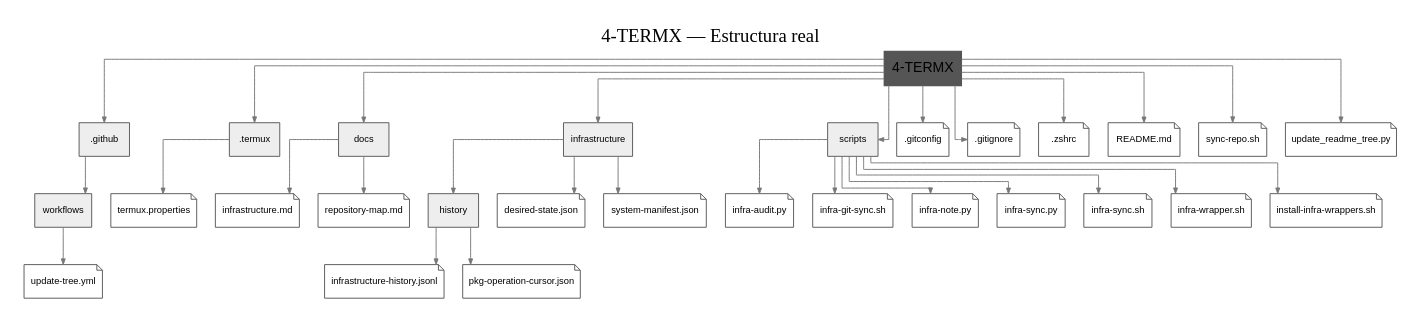
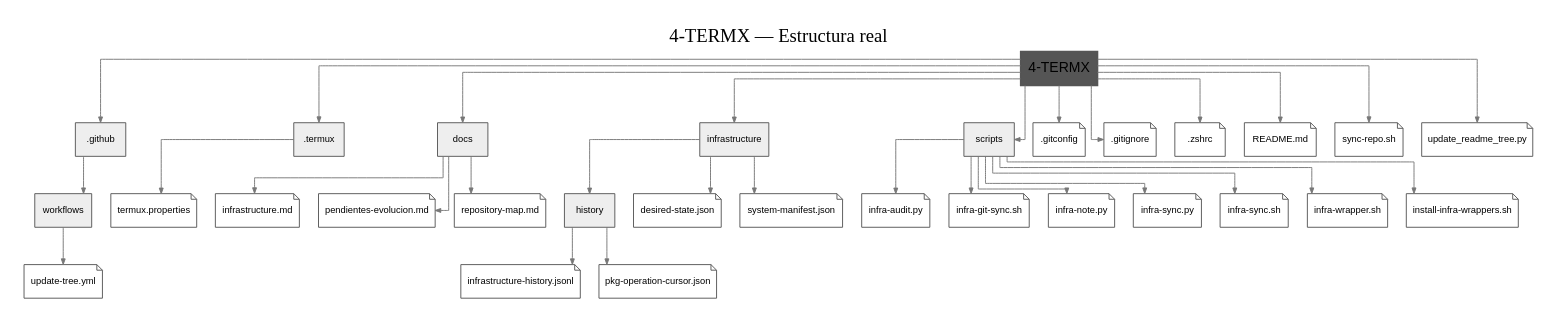
Before and after one commit to benstellasanti/4-TERMX: the diagram in docs/repository-structure.dot, drawn with Graphviz. The commit also changed 5 other files, not shown here.

```diff
--- a/docs/repository-structure.dot
+++ b/docs/repository-structure.dot
@@ -1,62 +1,64 @@
 digraph RepositoryStructure {
   graph [rankdir=TB, bgcolor="white", pad="0.25", nodesep="0.28", ranksep="0.55", splines=ortho, label="4-TERMX — Estructura real", labelloc=t, fontsize=20];
   node [fontname="Arial", fontsize=10, style="filled", color="#555555"];
   edge [color="#777777", arrowsize=0.6];
   root [label="4-TERMX", shape=box, style="filled,bold", fontsize=15];
   n__github [label=".github", shape=box, fillcolor="#eeeeee"];
   n__termux [label=".termux", shape=box, fillcolor="#eeeeee"];
   n_docs [label="docs", shape=box, fillcolor="#eeeeee"];
   n_infrastructure [label="infrastructure", shape=box, fillcolor="#eeeeee"];
   n_scripts [label="scripts", shape=box, fillcolor="#eeeeee"];
   n__github_workflows [label="workflows", shape=box, fillcolor="#eeeeee"];
   n_infrastructure_history [label="history", shape=box, fillcolor="#eeeeee"];
   n__gitconfig [label=".gitconfig", shape=note, fillcolor="white"];
   root -> n__gitconfig;
   n__github_workflows_update_tree_yml [label="update-tree.yml", shape=note, fillcolor="white"];
   n__github_workflows -> n__github_workflows_update_tree_yml;
   n__gitignore [label=".gitignore", shape=note, fillcolor="white"];
   root -> n__gitignore;
   n__termux_termux_properties [label="termux.properties", shape=note, fillcolor="white"];
   n__termux -> n__termux_termux_properties;
   n__zshrc [label=".zshrc", shape=note, fillcolor="white"];
   root -> n__zshrc;
   n_README_md [label="README.md", shape=note, fillcolor="white"];
   root -> n_README_md;
   n_docs_infrastructure_md [label="infrastructure.md", shape=note, fillcolor="white"];
   n_docs -> n_docs_infrastructure_md;
+  n_docs_pendientes_evolucion_md [label="pendientes-evolucion.md", shape=note, fillcolor="white"];
+  n_docs -> n_docs_pendientes_evolucion_md;
   n_docs_repository_map_md [label="repository-map.md", shape=note, fillcolor="white"];
   n_docs -> n_docs_repository_map_md;
   n_infrastructure_desired_state_json [label="desired-state.json", shape=note, fillcolor="white"];
   n_infrastructure -> n_infrastructure_desired_state_json;
   n_infrastructure_history_infrastructure_history_jsonl [label="infrastructure-history.jsonl", shape=note, fillcolor="white"];
   n_infrastructure_history -> n_infrastructure_history_infrastructure_history_jsonl;
   n_infrastructure_history_pkg_operation_cursor_json [label="pkg-operation-cursor.json", shape=note, fillcolor="white"];
   n_infrastructure_history -> n_infrastructure_history_pkg_operation_cursor_json;
   n_infrastructure_system_manifest_json [label="system-manifest.json", shape=note, fillcolor="white"];
   n_infrastructure -> n_infrastructure_system_manifest_json;
   n_scripts_infra_audit_py [label="infra-audit.py", shape=note, fillcolor="white"];
   n_scripts -> n_scripts_infra_audit_py;
   n_scripts_infra_git_sync_sh [label="infra-git-sync.sh", shape=note, fillcolor="white"];
   n_scripts -> n_scripts_infra_git_sync_sh;
   n_scripts_infra_note_py [label="infra-note.py", shape=note, fillcolor="white"];
   n_scripts -> n_scripts_infra_note_py;
   n_scripts_infra_sync_py [label="infra-sync.py", shape=note, fillcolor="white"];
   n_scripts -> n_scripts_infra_sync_py;
   n_scripts_infra_sync_sh [label="infra-sync.sh", shape=note, fillcolor="white"];
   n_scripts -> n_scripts_infra_sync_sh;
   n_scripts_infra_wrapper_sh [label="infra-wrapper.sh", shape=note, fillcolor="white"];
   n_scripts -> n_scripts_infra_wrapper_sh;
   n_scripts_install_infra_wrappers_sh [label="install-infra-wrappers.sh", shape=note, fillcolor="white"];
   n_scripts -> n_scripts_install_infra_wrappers_sh;
   n_sync_repo_sh [label="sync-repo.sh", shape=note, fillcolor="white"];
   root -> n_sync_repo_sh;
   n_update_readme_tree_py [label="update_readme_tree.py", shape=note, fillcolor="white"];
   root -> n_update_readme_tree_py;
   root -> n__github;
   root -> n__termux;
   root -> n_docs;
   root -> n_infrastructure;
   root -> n_scripts;
   n__github -> n__github_workflows;
   n_infrastructure -> n_infrastructure_history;
 }
```
